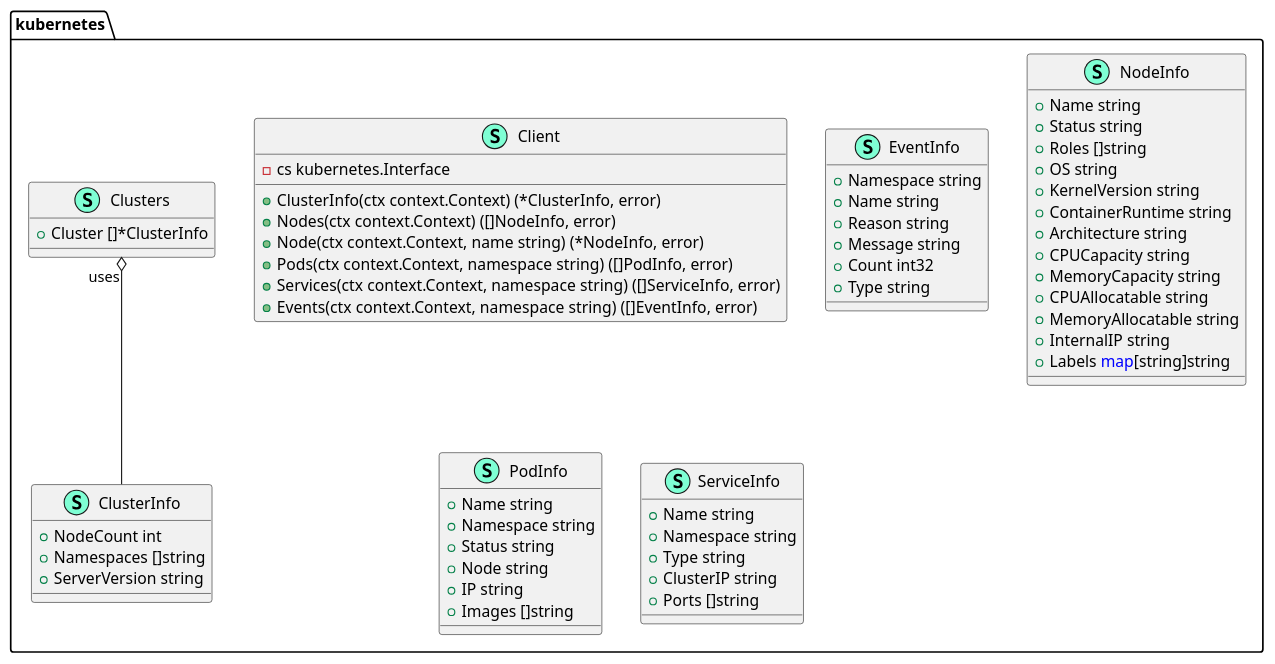
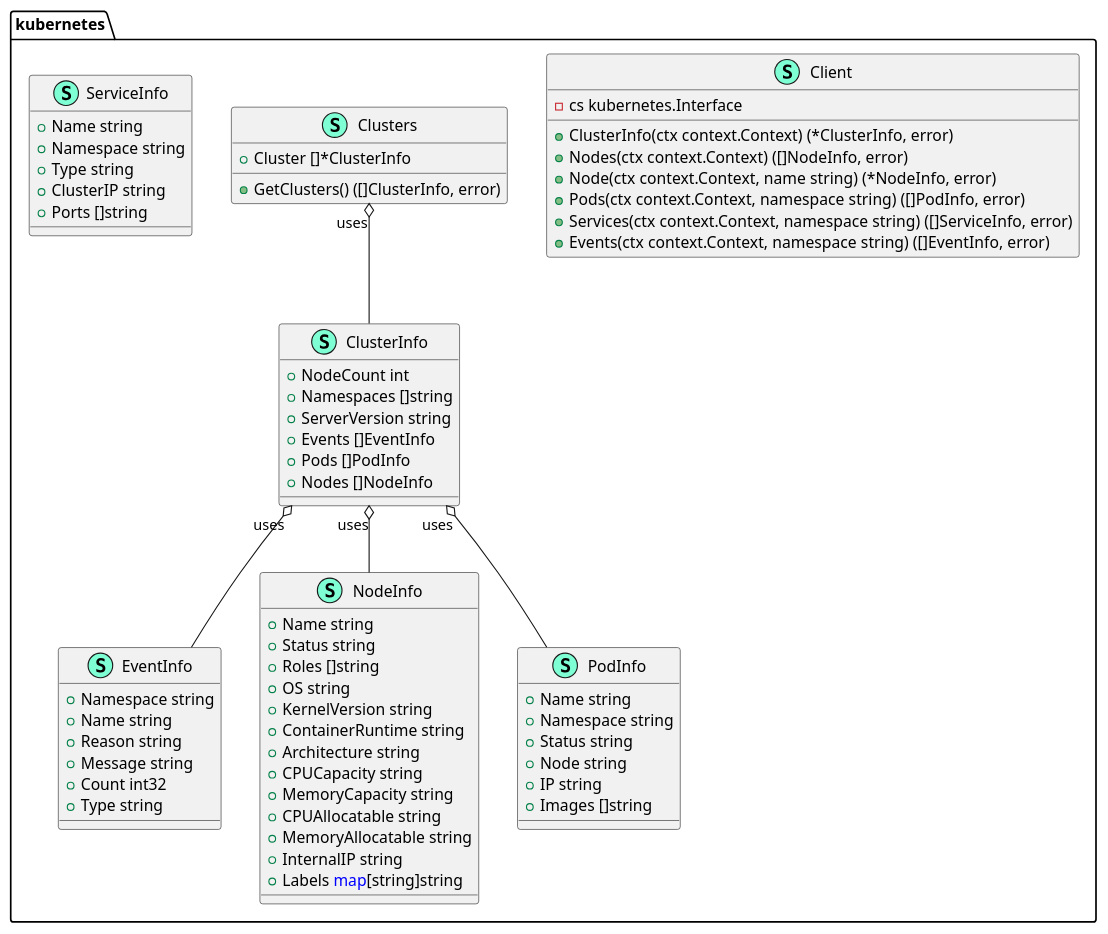
The diagram in docs/puml/kubernetes.puml (motangpuar/o2-ims-worker), drawn with PlantUML before and after one commit. The commit also changed 13 other files, not shown here.

```diff
--- a/docs/puml/kubernetes.puml
+++ b/docs/puml/kubernetes.puml
@@ -1,73 +1,81 @@
 @startuml
 top to bottom direction
 namespace kubernetes {
     class "Client" << (S,Aquamarine) >> {
         - cs kubernetes.Interface
 
         + ClusterInfo(ctx context.Context) (*ClusterInfo, error)
         + Nodes(ctx context.Context) ([]NodeInfo, error)
         + Node(ctx context.Context, name string) (*NodeInfo, error)
         + Pods(ctx context.Context, namespace string) ([]PodInfo, error)
         + Services(ctx context.Context, namespace string) ([]ServiceInfo, error)
         + Events(ctx context.Context, namespace string) ([]EventInfo, error)
 
     }
     class "ClusterInfo" << (S,Aquamarine) >> {
         + NodeCount int
         + Namespaces []string
         + ServerVersion string
+        + Events []EventInfo
+        + Pods []PodInfo
+        + Nodes []NodeInfo
 
     }
     class "Clusters" << (S,Aquamarine) >> {
         + Cluster []*ClusterInfo
+
+        + GetClusters() ([]ClusterInfo, error)
 
     }
     class "EventInfo" << (S,Aquamarine) >> {
         + Namespace string
         + Name string
         + Reason string
         + Message string
         + Count int32
         + Type string
 
     }
     class "NodeInfo" << (S,Aquamarine) >> {
         + Name string
         + Status string
         + Roles []string
         + OS string
         + KernelVersion string
         + ContainerRuntime string
         + Architecture string
         + CPUCapacity string
         + MemoryCapacity string
         + CPUAllocatable string
         + MemoryAllocatable string
         + InternalIP string
         + Labels <font color=blue>map</font>[string]string
 
     }
     class "PodInfo" << (S,Aquamarine) >> {
         + Name string
         + Namespace string
         + Status string
         + Node string
         + IP string
         + Images []string
 
     }
     class "ServiceInfo" << (S,Aquamarine) >> {
         + Name string
         + Namespace string
         + Type string
         + ClusterIP string
         + Ports []string
 
     }
 }
 
 
+"kubernetes.ClusterInfo""uses" o-- "kubernetes.EventInfo"
+"kubernetes.ClusterInfo""uses" o-- "kubernetes.NodeInfo"
+"kubernetes.ClusterInfo""uses" o-- "kubernetes.PodInfo"
 "kubernetes.Clusters""uses" o-- "kubernetes.ClusterInfo"
 
 
 @enduml
```
